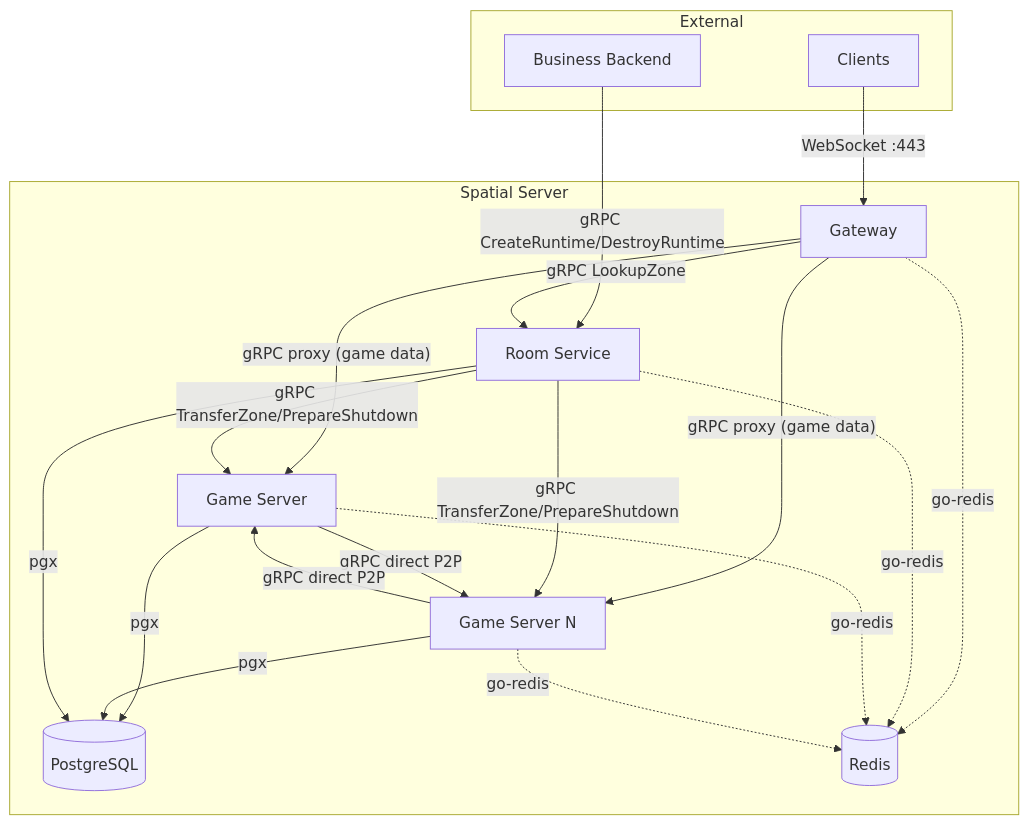
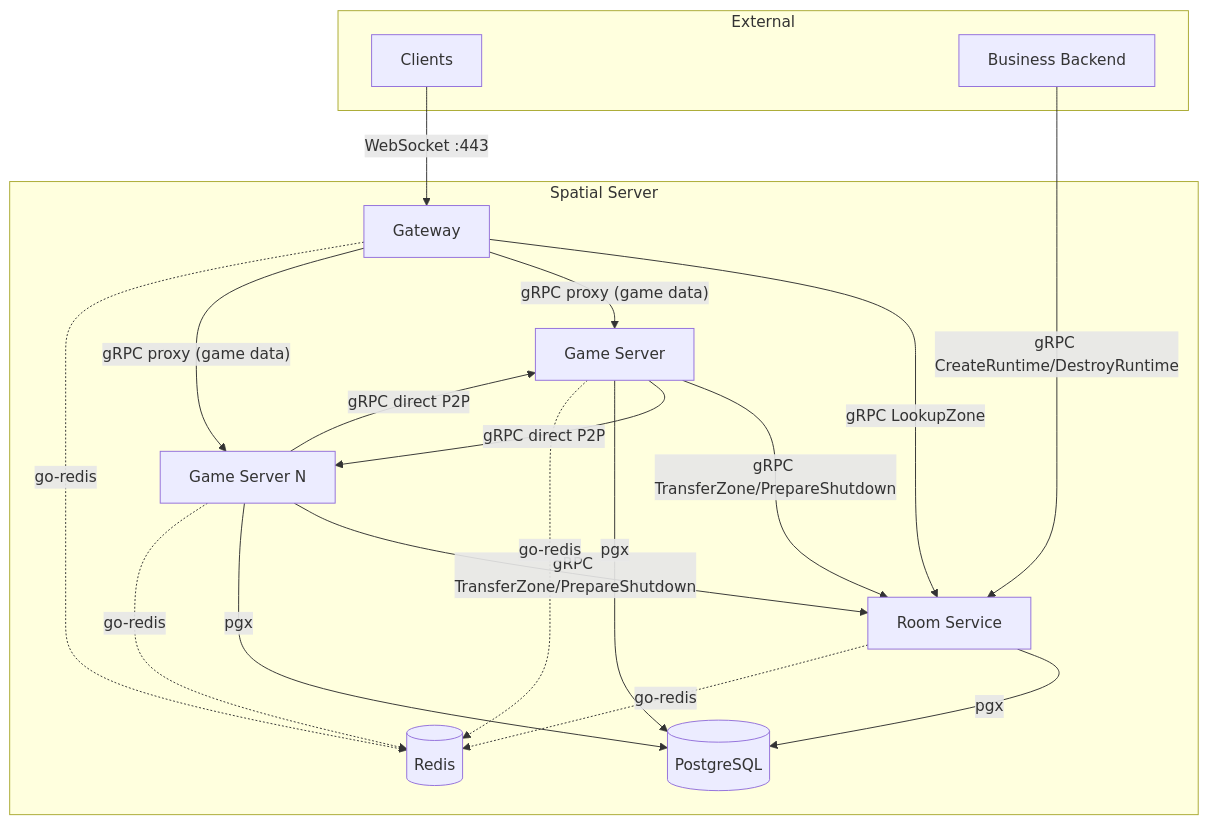
One commit to thaolaptrinh/spatial-server changed the diagram in docs/architecture/component-responsibilities.md. Above: the diagram before and after it, drawn with Mermaid. The commit also changed other lines of this file and 46 other files, not shown here.

First line of the commit message:
docs: comprehensive audit fix — ports, config, JWT, ADR contradictions, repo structure, security, roadmap, CI

````diff
--- a/docs/architecture/component-responsibilities.md
+++ b/docs/architecture/component-responsibilities.md
@@ -11,38 +11,38 @@
 ```mermaid
 graph TB
   subgraph External
     CL[Clients]
     BB[Business Backend]
   end
 
   subgraph SpatialServer["Spatial Server"]
     GW[Gateway]
     RS[Room Service]
     GS1[Game Server]
     GS2[Game Server N]
     PG[(PostgreSQL)]
     RD[(Redis)]
   end
 
   CL -- "WebSocket :443" --> GW
   BB -- "gRPC CreateRuntime/DestroyRuntime" --> RS
 
   GW -- "gRPC LookupZone" --> RS
   GW -- "gRPC proxy (game data)" --> GS1
   GW -- "gRPC proxy (game data)" --> GS2
 
-  RS -- "gRPC TransferZone/PrepareShutdown" --> GS1
-  RS -- "gRPC TransferZone/PrepareShutdown" --> GS2
+  GS1 -- "gRPC TransferZone/PrepareShutdown" --> RS
+  GS2 -- "gRPC TransferZone/PrepareShutdown" --> RS
 
   GS1 -- "gRPC direct P2P" --> GS2
   GS2 -- "gRPC direct P2P" --> GS1
 
   GS1 -- "pgx" --> PG
   GS2 -- "pgx" --> PG
   RS -- "pgx" --> PG
 
   GW -. "go-redis" .-> RD
   RS -. "go-redis" .-> RD
   GS1 -. "go-redis" .-> RD
   GS2 -. "go-redis" .-> RD
 ```
````
